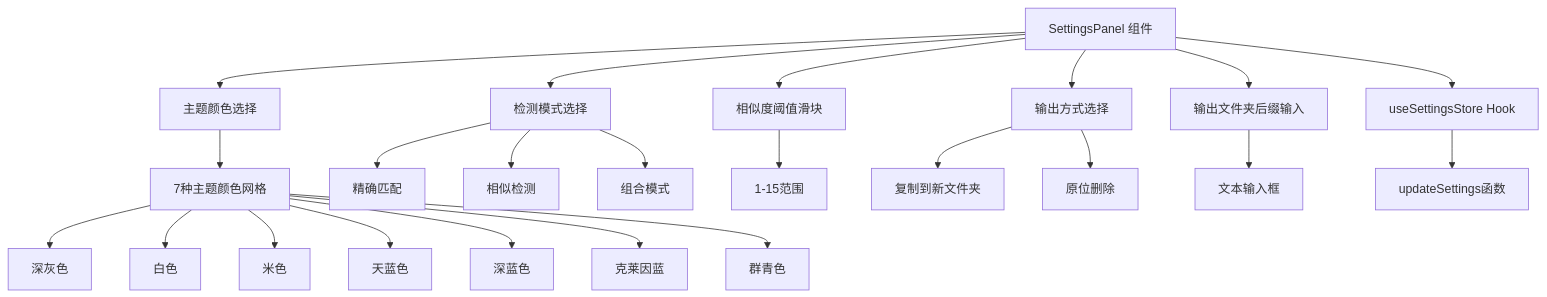
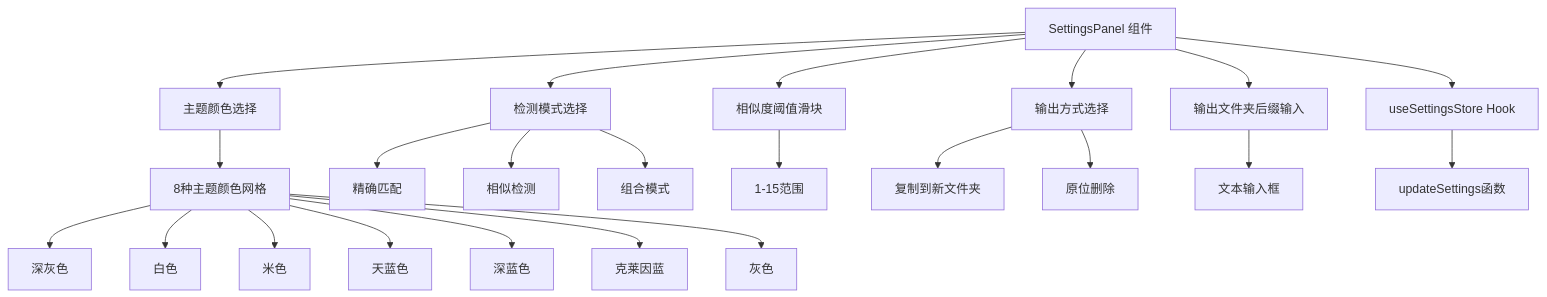
The seventh of 9 diagrams in .qoder/repowiki/zh/content/核心服务模块/设置管理服务.md (remgasuki/ReDoPhoto), drawn with Mermaid before and after one commit. The commit also changed other lines of this file and 39 other files, not shown here.

````diff
--- a/.qoder/repowiki/zh/content/核心服务模块/设置管理服务.md
+++ b/.qoder/repowiki/zh/content/核心服务模块/设置管理服务.md
@@ -284,25 +286,25 @@
 ```mermaid
 graph TB
 SP[SettingsPanel 组件] --> TC[主题颜色选择]
 SP --> HM[检测模式选择]
 SP --> PT[相似度阈值滑块]
 SP --> OM[输出方式选择]
 SP --> OF[输出文件夹后缀输入]
-TC --> Themes[7种主题颜色网格]
+TC --> Themes[8种主题颜色网格]
 Themes --> Black[深灰色]
 Themes --> White[白色]
 Themes --> Beige[米色]
 Themes --> SkyBlue[天蓝色]
 Themes --> DarkBlue[深蓝色]
 Themes --> KleinBlue[克莱因蓝]
-Themes --> Qing[群青色]
+Themes --> Gray[灰色]
 HM --> Radio1[精确匹配]
 HM --> Radio2[相似检测]
 HM --> Radio3[组合模式]
 PT --> RangeInput[1-15范围]
 OM --> Copy[复制到新文件夹]
 OM --> Delete[原位删除]
 OF --> TextInput[文本输入框]
 SP --> StoreHook[useSettingsStore Hook]
 StoreHook --> UpdateSettings[updateSettings函数]
 ```
````
